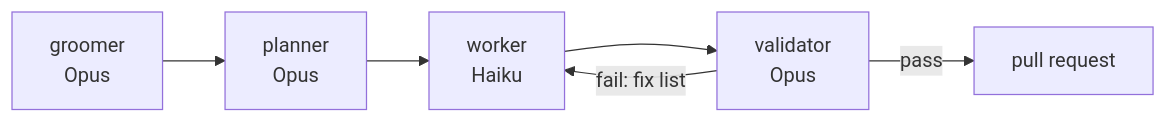
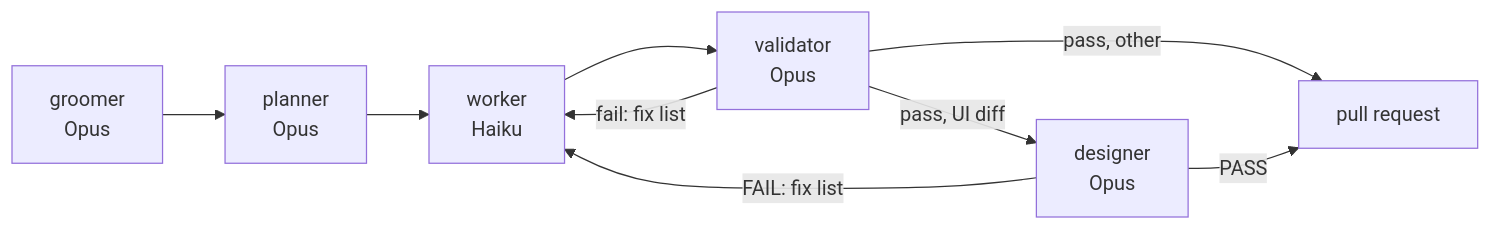
Before and after one commit to MaxBernstetter/investment-copilot: the diagram in docs/development/03-agent-harness.md, drawn with Mermaid. The commit also changed other lines of this file and 4 other files, not shown here.

````diff
--- a/docs/development/03-agent-harness.md
+++ b/docs/development/03-agent-harness.md
@@ -18,6 +19,9 @@
 ```mermaid
 flowchart LR
   G[groomer<br/>Opus] --> P[planner<br/>Opus] --> W[worker<br/>Haiku] --> V[validator<br/>Opus]
   V -- fail: fix list --> W
-  V -- pass --> PR[pull request]
+  V -- pass, UI diff --> D[designer<br/>Opus]
+  V -- pass, other --> PR[pull request]
+  D -- FAIL: fix list --> W
+  D -- PASS --> PR
 ```
````
